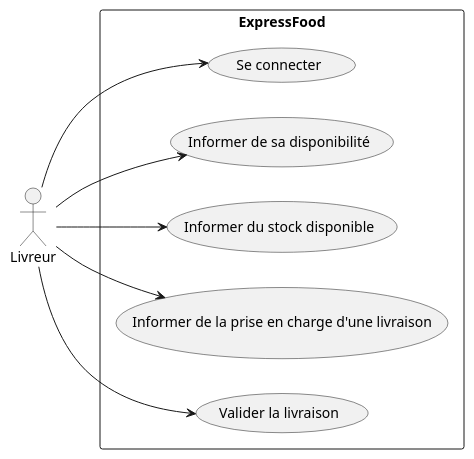
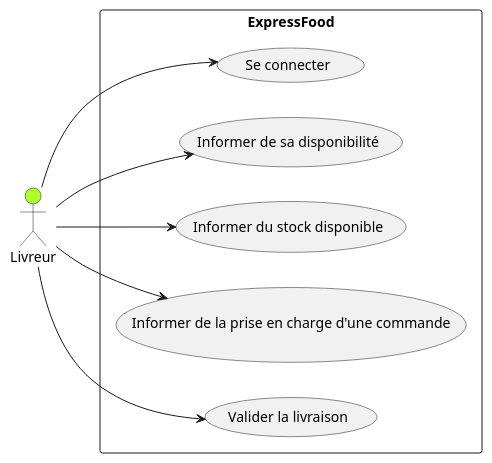
The diagram in UseCase/Livreur.puml (laurasullyalexandrine/expressfood), drawn with PlantUML before and after one commit. The commit also changed 6 other files, not shown here.

```diff
--- a/UseCase/Livreur.puml
+++ b/UseCase/Livreur.puml
@@ -2,21 +2,21 @@
 @startuml Livreur
 
 left to right direction
 
-actor "Livreur" as Livreur
+actor "Livreur" as Livreur #GreenYellow
 
 rectangle ExpressFood {
   usecase "Se connecter" as UC1
   usecase "Informer de sa disponibilité" as UC2
   usecase "Informer du stock disponible" as UC3
-  usecase "Informer de la prise en charge d'une livraison" as UC4
+  usecase "Informer de la prise en charge d'une commande" as UC4
   usecase "Valider la livraison" as UC5
 }
 
 Livreur --> UC1
 Livreur --> UC2
 Livreur --> UC3
 Livreur --> UC4
 Livreur --> UC5
 
 @enduml
```
